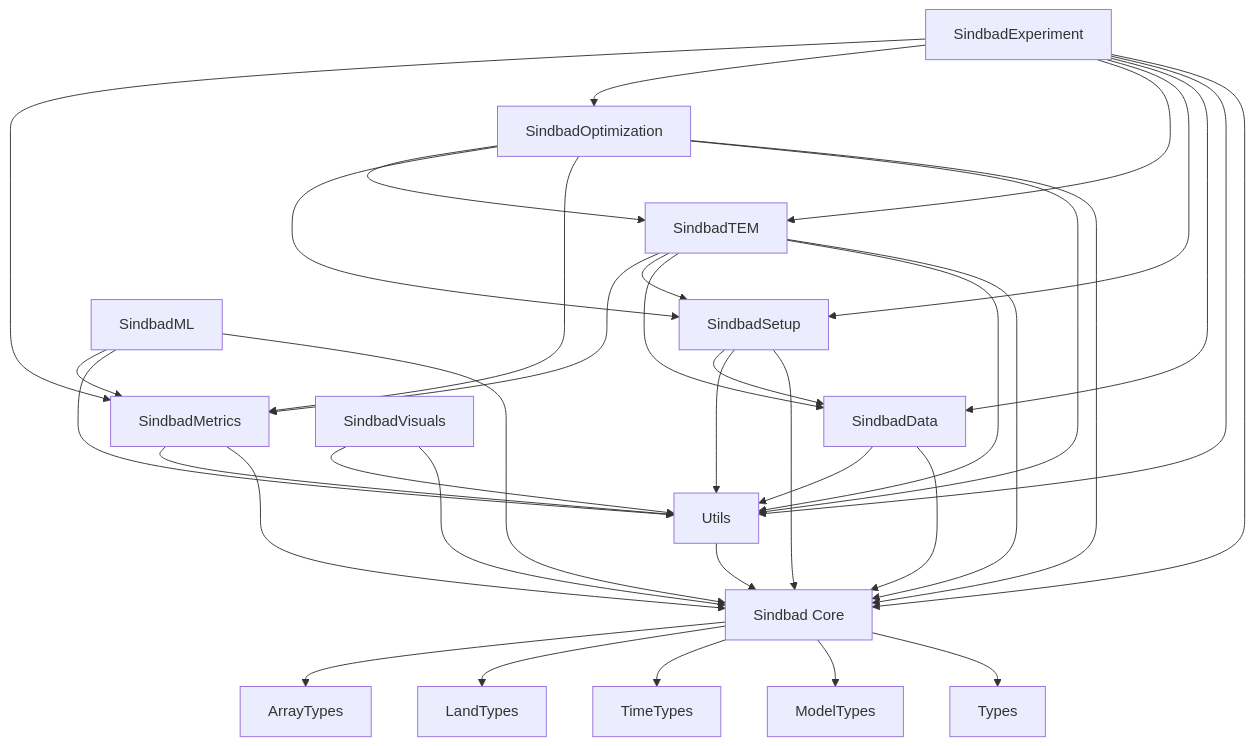
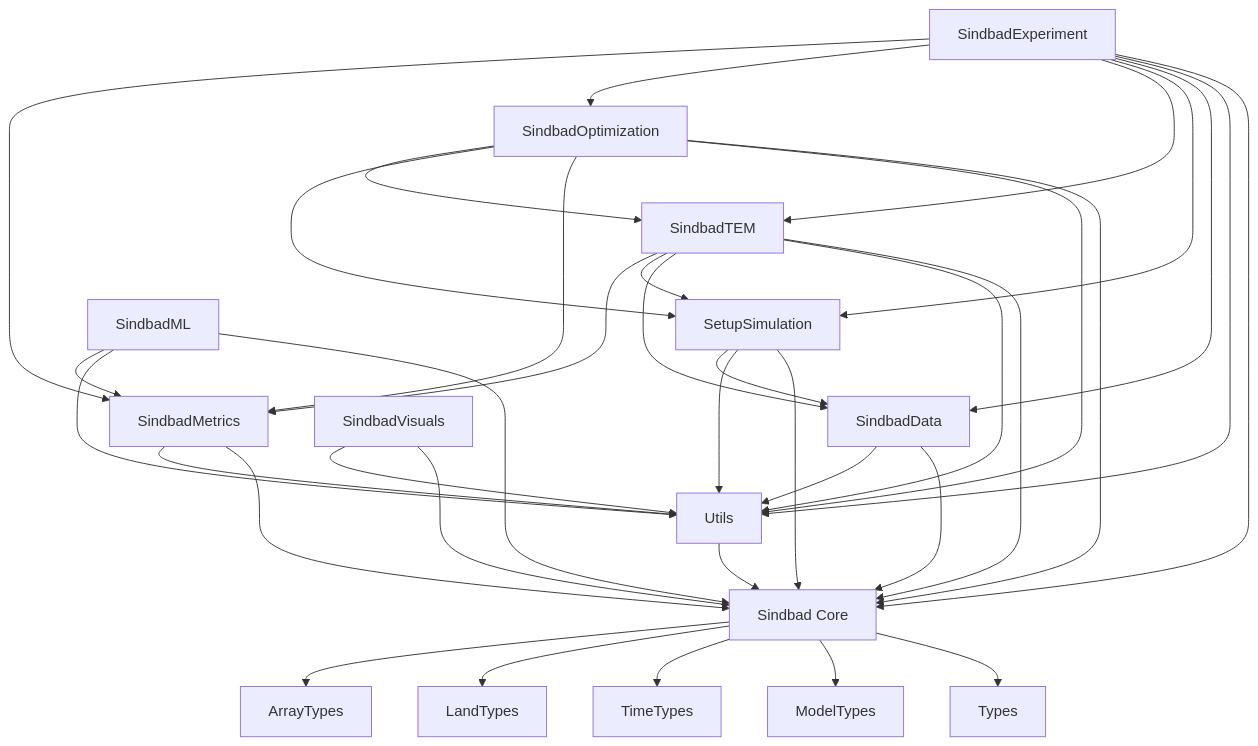
One commit to EarthyScience/SINDBAD changed the diagram in docs/src/pages/code/overview.md. Above: the diagram before and after it, drawn with Mermaid. The commit also changed 127 other files, not shown here.

````diff
--- a/docs/src/pages/code/overview.md
+++ b/docs/src/pages/code/overview.md
@@ -71,50 +71,50 @@
 ```mermaid
 graph TD
     %% Main Sindbad package
     Sindbad[Sindbad Core] --> Types[Types]
     
     %% Core dependencies
     Sindbad --> ModelTypes[ModelTypes]
     Sindbad --> TimeTypes[TimeTypes]
     Sindbad --> LandTypes[LandTypes]
     Sindbad --> ArrayTypes[ArrayTypes]
     
     %% Lib packages
     Utils[Utils] --> Sindbad
     SindbadData[SindbadData] --> Sindbad
     SindbadData --> Utils
     
-    SindbadSetup[SindbadSetup] --> Sindbad
-    SindbadSetup --> Utils
-    SindbadSetup --> SindbadData
+    SetupSimulation[SetupSimulation] --> Sindbad
+    SetupSimulation --> Utils
+    SetupSimulation --> SindbadData
     
     SindbadMetrics[SindbadMetrics] --> Sindbad
     SindbadMetrics --> Utils
     
     SindbadTEM[SindbadTEM] --> Sindbad
     SindbadTEM --> Utils
     SindbadTEM --> SindbadData
-    SindbadTEM --> SindbadSetup
+    SindbadTEM --> SetupSimulation
     SindbadTEM --> SindbadMetrics
     
     SindbadOptimization[SindbadOptimization] --> Sindbad
     SindbadOptimization --> Utils
     SindbadOptimization --> SindbadMetrics
-    SindbadOptimization --> SindbadSetup
+    SindbadOptimization --> SetupSimulation
     SindbadOptimization --> SindbadTEM
     
     SindbadML[SindbadML] --> Sindbad
     SindbadML --> Utils
     SindbadML --> SindbadMetrics
     
     SindbadVisuals[SindbadVisuals] --> Sindbad
     SindbadVisuals --> Utils
     
     SindbadExperiment[SindbadExperiment] --> Sindbad
     SindbadExperiment --> Utils
     SindbadExperiment --> SindbadData
-    SindbadExperiment --> SindbadSetup
+    SindbadExperiment --> SetupSimulation
     SindbadExperiment --> SindbadTEM
     SindbadExperiment --> SindbadOptimization
     SindbadExperiment --> SindbadMetrics    
 ```
````
